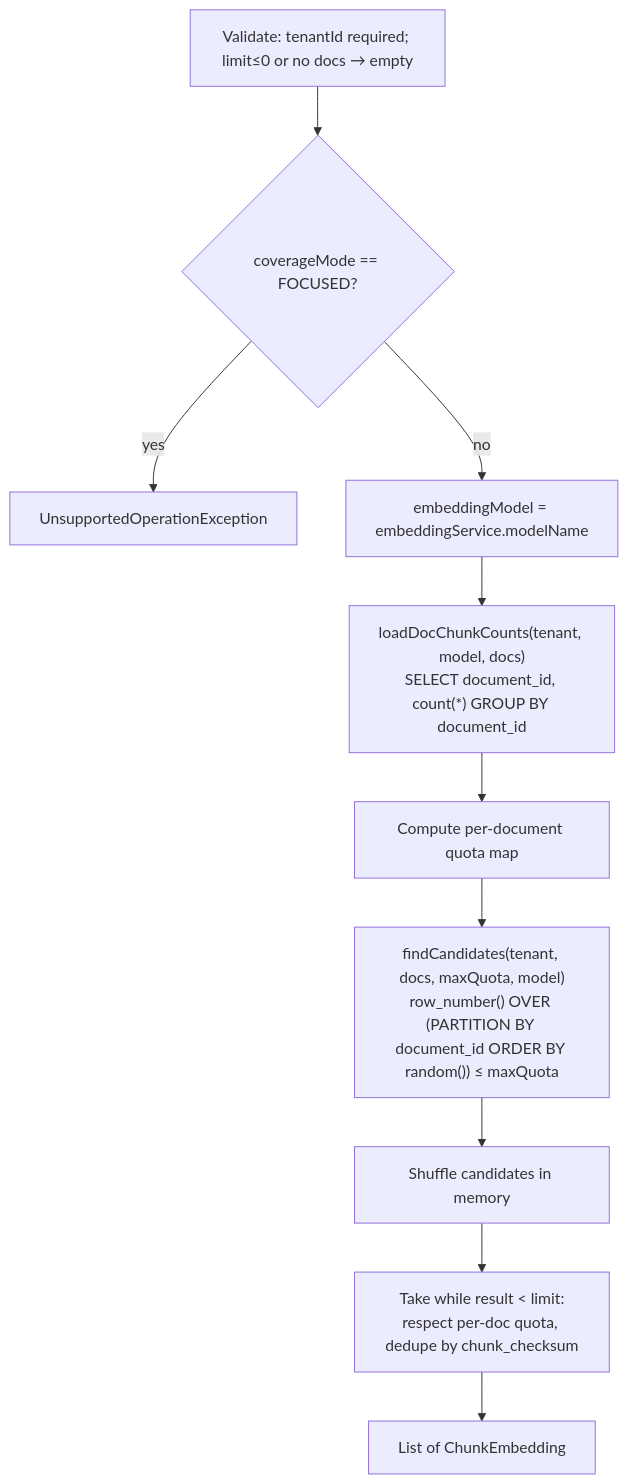
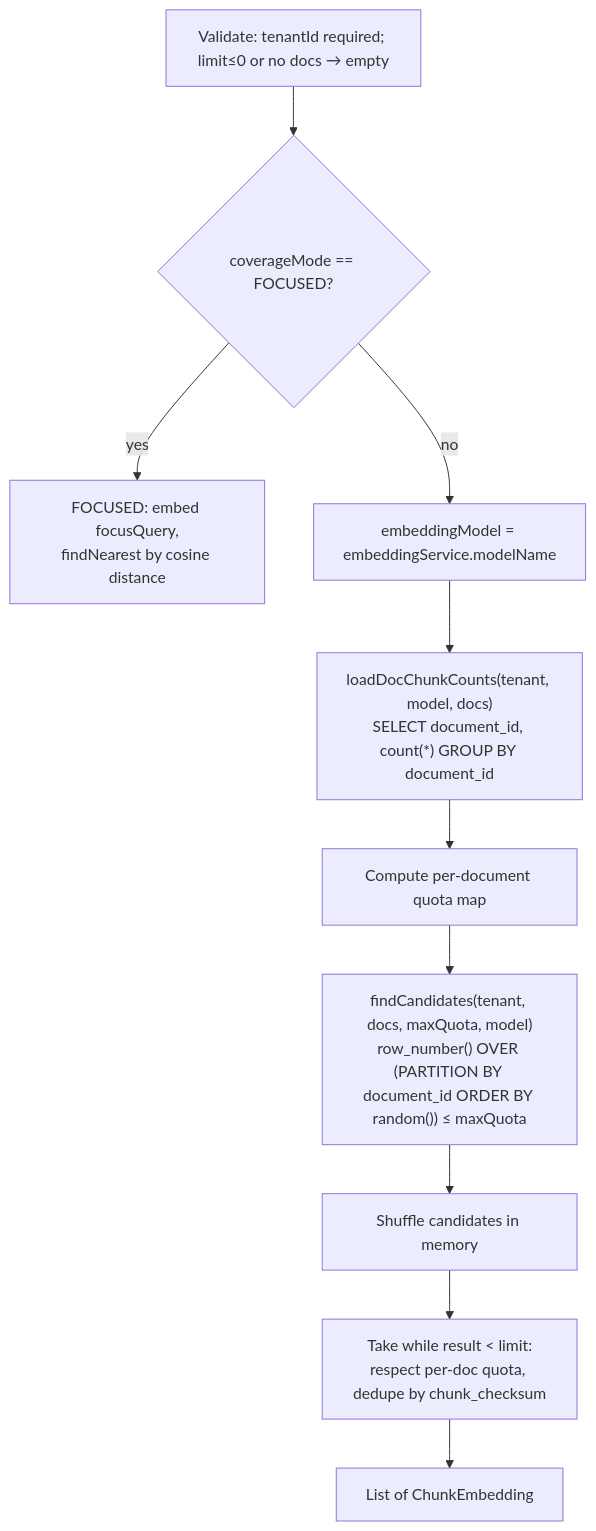
One commit to irina981/know-gauge changed the diagram in docs/architecture/05-retrieval.md. Above: the diagram before and after it, drawn with Mermaid. The commit also changed other lines of this file and 27 other files, not shown here.

First line of the commit message:
feat(testgen,retrieval): Generate FOCUSED tests from the chunks closest to a focus text

````diff
--- a/docs/architecture/05-retrieval.md
+++ b/docs/architecture/05-retrieval.md
@@ -29,12 +33,12 @@
 ```mermaid
 flowchart TD
     A[Validate: tenantId required; limit≤0 or no docs → empty] --> B{coverageMode == FOCUSED?}
-    B -- yes --> X[UnsupportedOperationException]
+    B -- yes --> X[FOCUSED: embed focusQuery,<br/>findNearest by cosine distance]
     B -- no --> C[embeddingModel = embeddingService.modelName]
     C --> D["loadDocChunkCounts(tenant, model, docs)<br/>SELECT document_id, count(*) GROUP BY document_id"]
     D --> E[Compute per-document quota map]
     E --> F["findCandidates(tenant, docs, maxQuota, model)<br/>row_number() OVER (PARTITION BY document_id ORDER BY random()) ≤ maxQuota"]
     F --> G[Shuffle candidates in memory]
     G --> H[Take while result < limit:<br/>respect per-doc quota, dedupe by chunk_checksum]
     H --> I[List of ChunkEmbedding]
 ```
````
